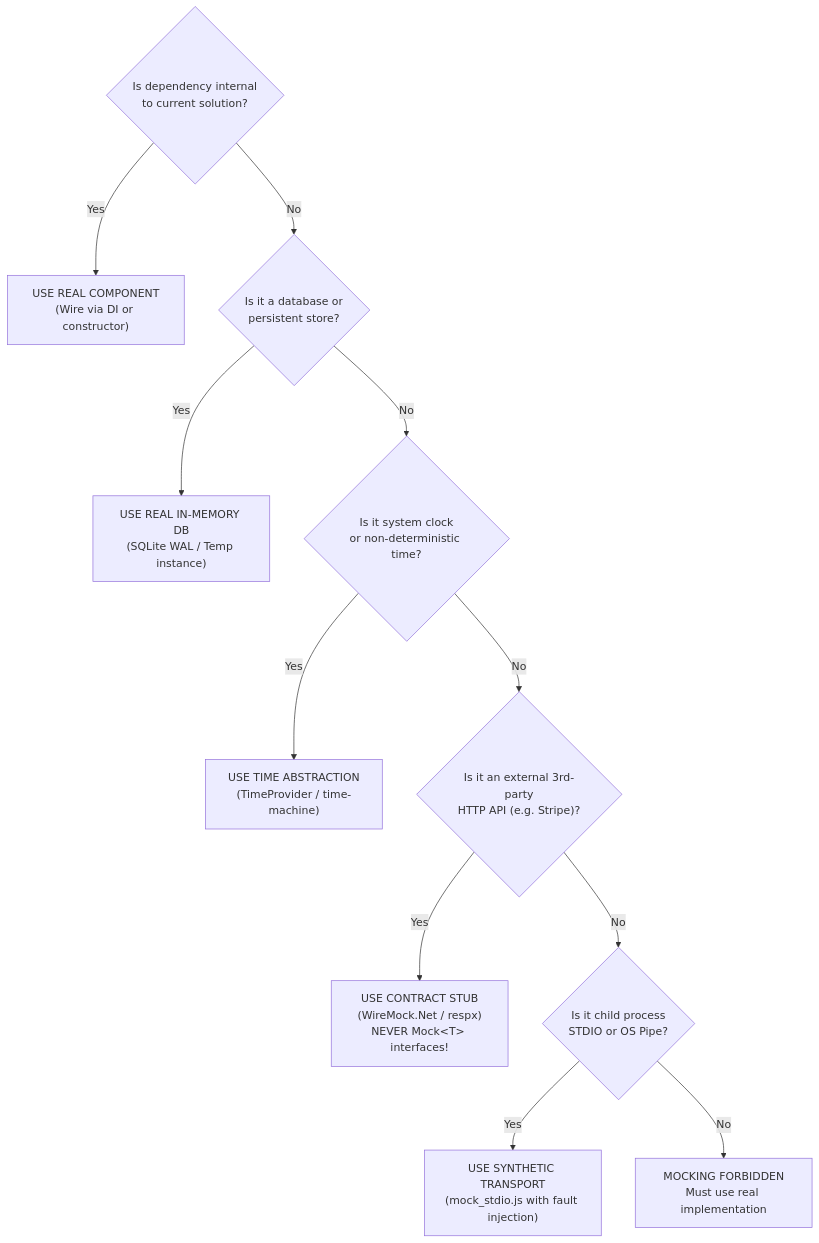
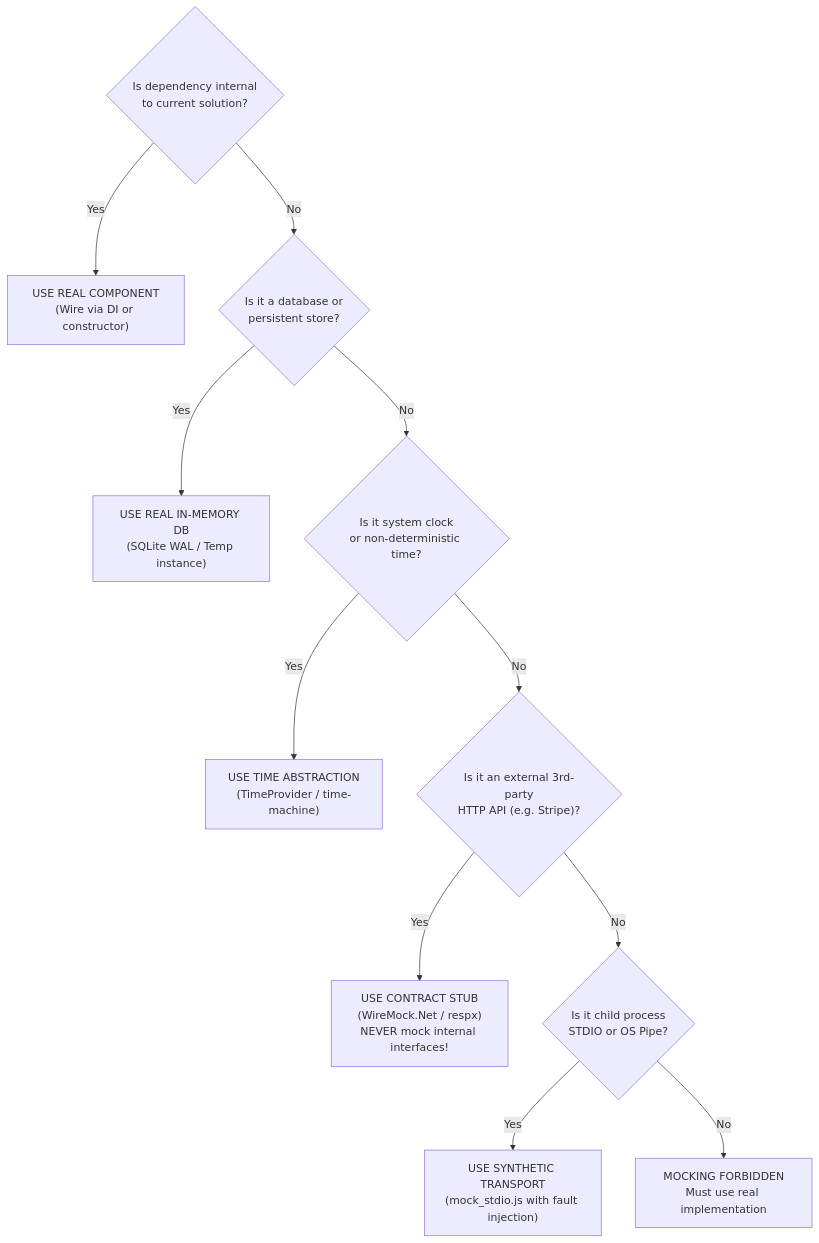
Before and after one commit to spelech/AgenticEngineeringToolbelt: the third of 3 diagrams in .agents/skills/test-harness-builder/SKILL.md, drawn with Mermaid. The commit also changed other lines of this file and 42 other files, not shown here.

````diff
--- a/.agents/skills/test-harness-builder/SKILL.md
+++ b/.agents/skills/test-harness-builder/SKILL.md
@@ -72,18 +77,18 @@
 ```mermaid
 flowchart TD
     Q1{"Is dependency internal<br/>to current solution?"}
     Q1 -- Yes --> UseDI["USE REAL COMPONENT<br/>(Wire via DI or constructor)"]
     Q1 -- No --> Q2{"Is it a database or<br/>persistent store?"}
     
     Q2 -- Yes --> UseDB["USE REAL IN-MEMORY DB<br/>(SQLite WAL / Temp instance)"]
     Q2 -- No --> Q3{"Is it system clock<br/>or non-deterministic time?"}
     
     Q3 -- Yes --> UseTime["USE TIME ABSTRACTION<br/>(TimeProvider / time-machine)"]
     Q3 -- No --> Q4{"Is it an external 3rd-party<br/>HTTP API (e.g. Stripe)?"}
     
-    Q4 -- Yes --> UseWireMock["USE CONTRACT STUB<br/>(WireMock.Net / respx)<br/>NEVER Mock&lt;T&gt; interfaces!"]
+    Q4 -- Yes --> UseWireMock["USE CONTRACT STUB<br/>(WireMock.Net / respx)<br/>NEVER mock internal interfaces!"]
     Q4 -- No --> Q5{"Is it child process<br/>STDIO or OS Pipe?"}
     
     Q5 -- Yes --> UseSynth["USE SYNTHETIC TRANSPORT<br/>(mock_stdio.js with fault injection)"]
     Q5 -- No --> Banned["MOCKING FORBIDDEN<br/>Must use real implementation"]
 ```
````
